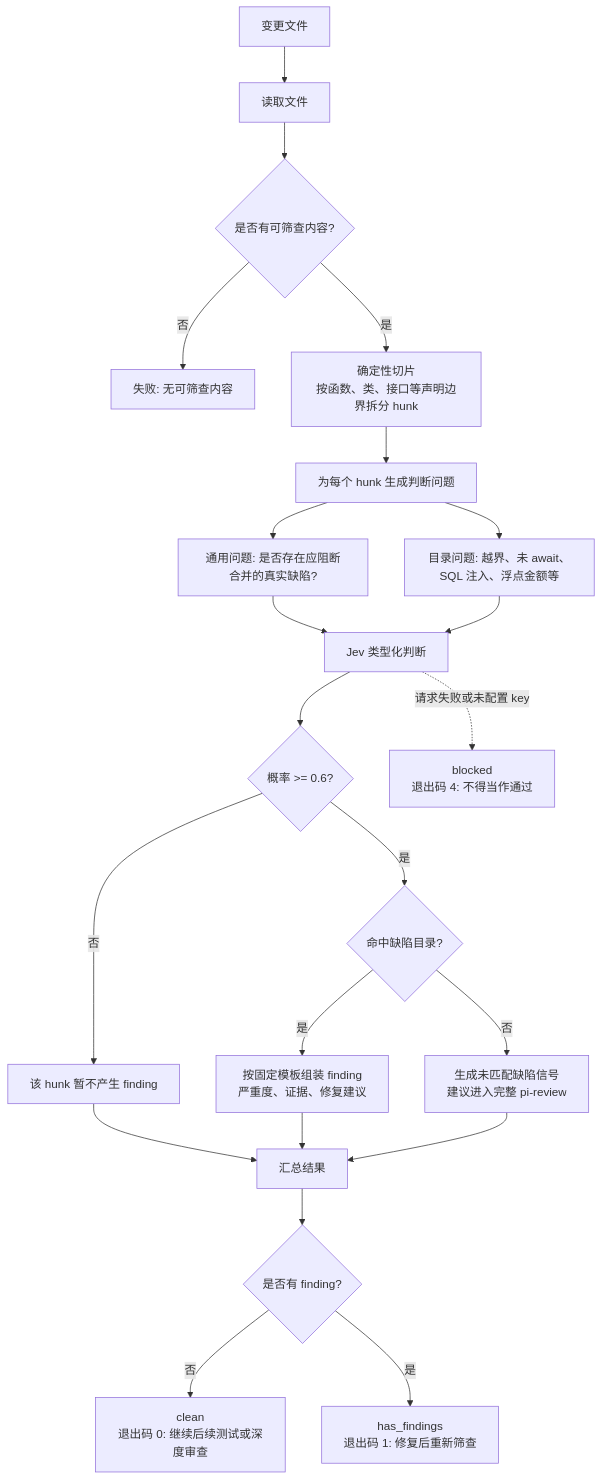
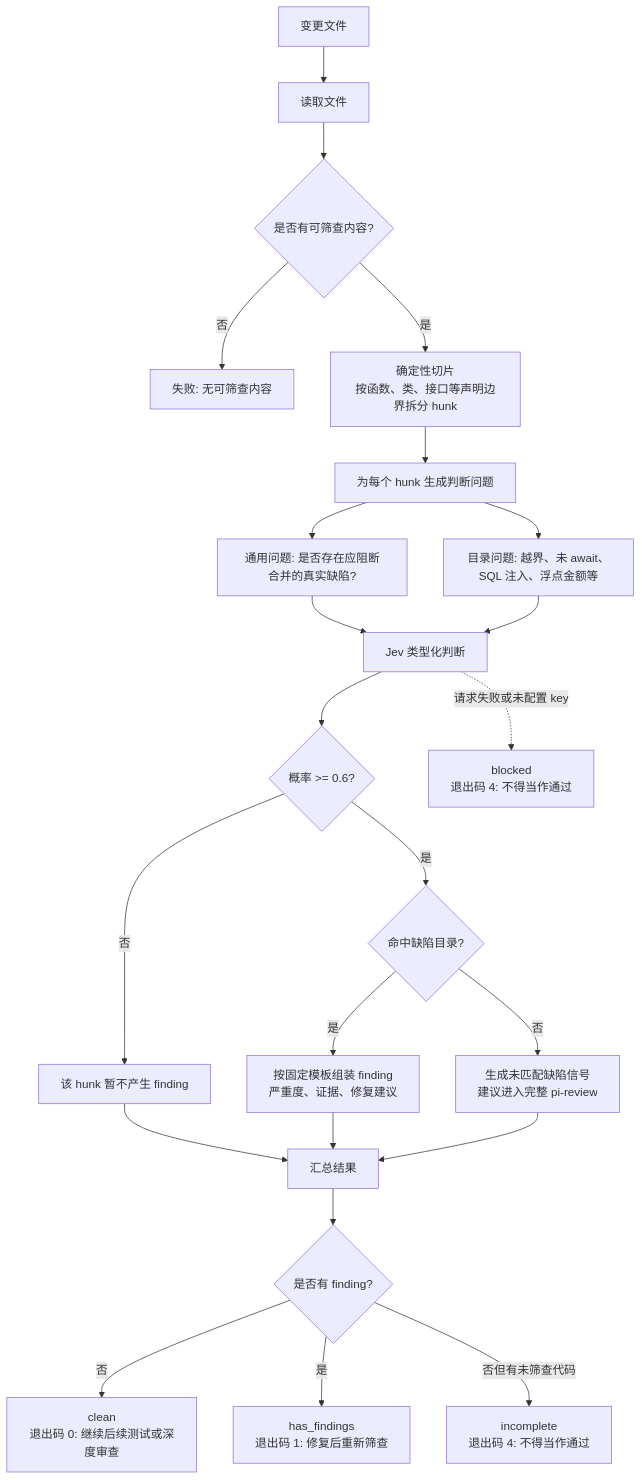
The diagram in docs/guide/zh-CN/screening.md (ZephyrDeng/pi-review), drawn with Mermaid before and after one commit. The commit also changed other lines of this file and 7 other files, not shown here.

````diff
--- a/docs/guide/zh-CN/screening.md
+++ b/docs/guide/zh-CN/screening.md
@@ -11,24 +11,25 @@
 ```mermaid
 flowchart TD
     A[变更文件] --> B[读取文件]
     B --> C{是否有可筛查内容?}
     C -- 否 --> X[失败: 无可筛查内容]
     C -- 是 --> D[确定性切片\n按函数、类、接口等声明边界拆分 hunk]
     D --> E[为每个 hunk 生成判断问题]
     E --> E1[通用问题: 是否存在应阻断合并的真实缺陷?]
     E --> E2[目录问题: 越界、未 await、SQL 注入、浮点金额等]
     E1 --> F[Jev 类型化判断]
     E2 --> F
     F --> G{概率 >= 0.6?}
     G -- 否 --> H[该 hunk 暂不产生 finding]
     G -- 是 --> I{命中缺陷目录?}
     I -- 是 --> J[按固定模板组装 finding\n严重度、证据、修复建议]
     I -- 否 --> K[生成未匹配缺陷信号\n建议进入完整 pi-review]
     H --> L[汇总结果]
     J --> L
     K --> L
     L --> M{是否有 finding?}
     M -- 否 --> N[clean\n退出码 0: 继续后续测试或深度审查]
     M -- 是 --> O[has_findings\n退出码 1: 修复后重新筛查]
     F -. 请求失败或未配置 key .-> P[blocked\n退出码 4: 不得当作通过]
+    M -- 否但有未筛查代码 --> Q[incomplete\n退出码 4: 不得当作通过]
 ```
````
